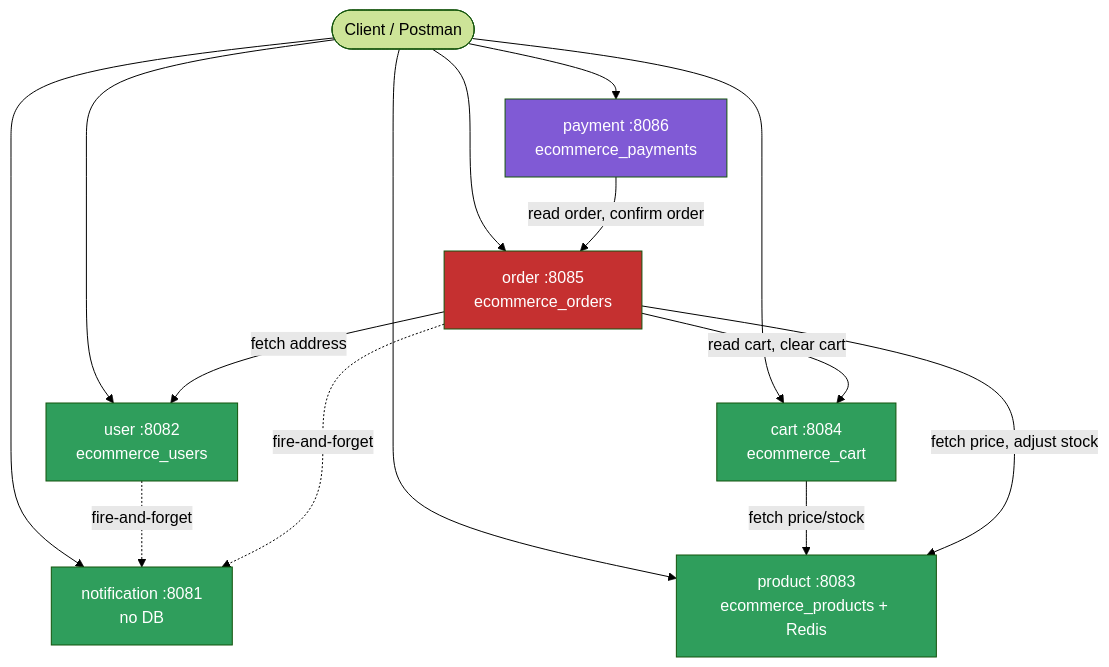
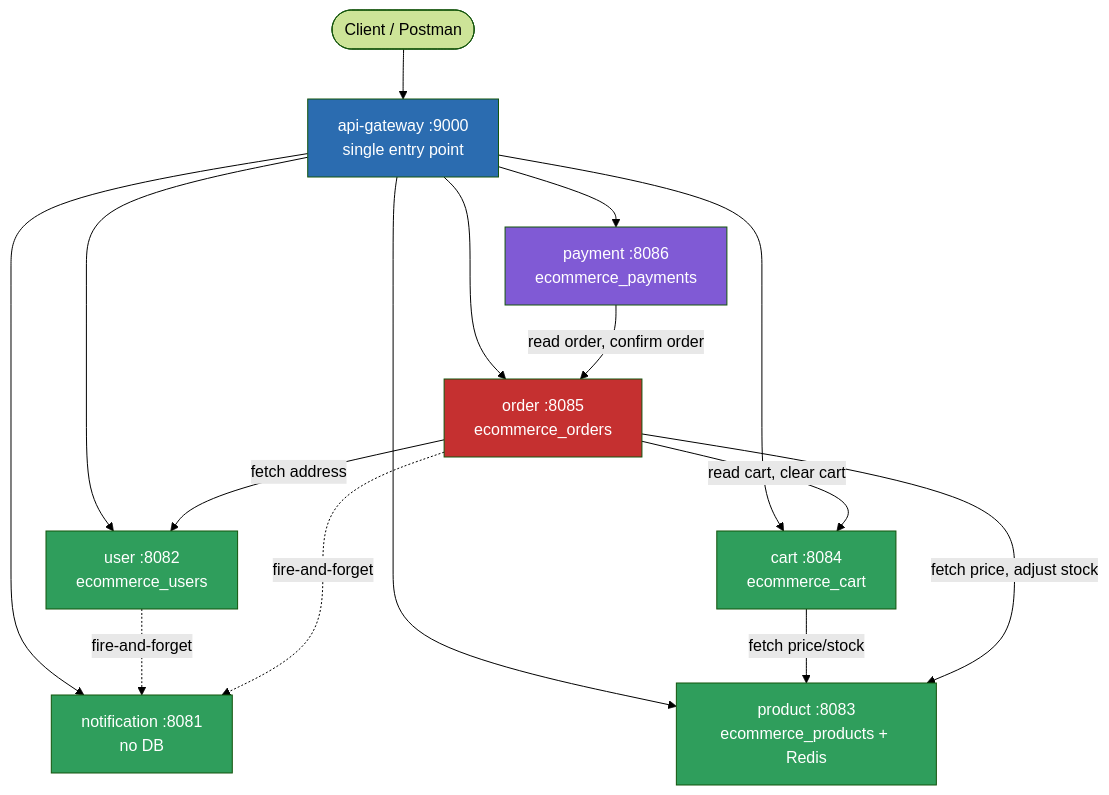
Before and after one commit to 11KAlYAN11/EcommerceEnd2EndApp: the second of 9 diagrams in docs/MIGRATION.md, drawn with Mermaid (forest theme). The commit also changed other lines of this file and 30 other files, not shown here.

````diff
--- a/docs/MIGRATION.md
+++ b/docs/MIGRATION.md
@@ -17,24 +17,27 @@
 ```mermaid
 flowchart TB
-    Client([Client / Postman]) --> N[notification :8081<br/>no DB]
-    Client --> U[user :8082<br/>ecommerce_users]
-    Client --> P[product :8083<br/>ecommerce_products + Redis]
-    Client --> CT[cart :8084<br/>ecommerce_cart]
-    Client --> O[order :8085<br/>ecommerce_orders]
-    Client --> PAY[payment :8086<br/>ecommerce_payments]
+    Client([Client / Postman]) --> GW[api-gateway :9000<br/>single entry point]
+
+    GW --> N[notification :8081<br/>no DB]
+    GW --> U[user :8082<br/>ecommerce_users]
+    GW --> P[product :8083<br/>ecommerce_products + Redis]
+    GW --> CT[cart :8084<br/>ecommerce_cart]
+    GW --> O[order :8085<br/>ecommerce_orders]
+    GW --> PAY[payment :8086<br/>ecommerce_payments]
 
     U -.fire-and-forget.-> N
     CT -->|fetch price/stock| P
     O -->|read cart, clear cart| CT
     O -->|fetch price, adjust stock| P
     O -->|fetch address| U
     O -.fire-and-forget.-> N
     PAY -->|read order, confirm order| O
 
+    style GW fill:#2b6cb0,color:#fff
     style N fill:#2f9e5c,color:#fff
     style U fill:#2f9e5c,color:#fff
     style P fill:#2f9e5c,color:#fff
     style CT fill:#2f9e5c,color:#fff
     style O fill:#c53030,color:#fff
     style PAY fill:#805ad5,color:#fff
 ```
````
